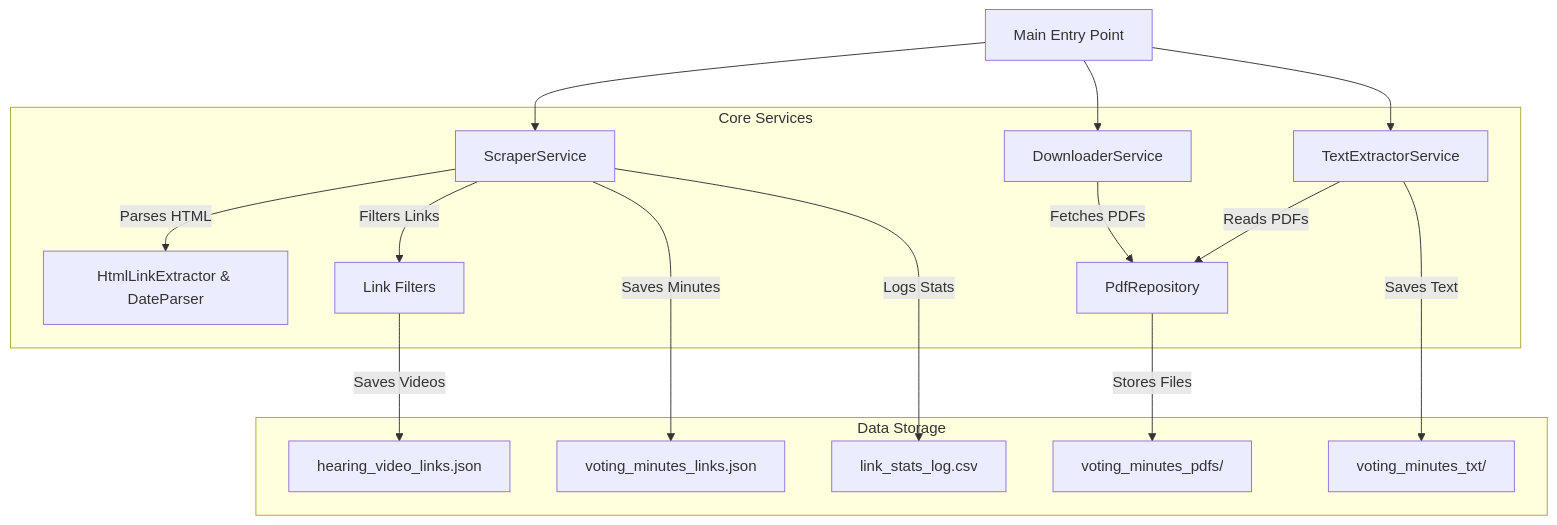
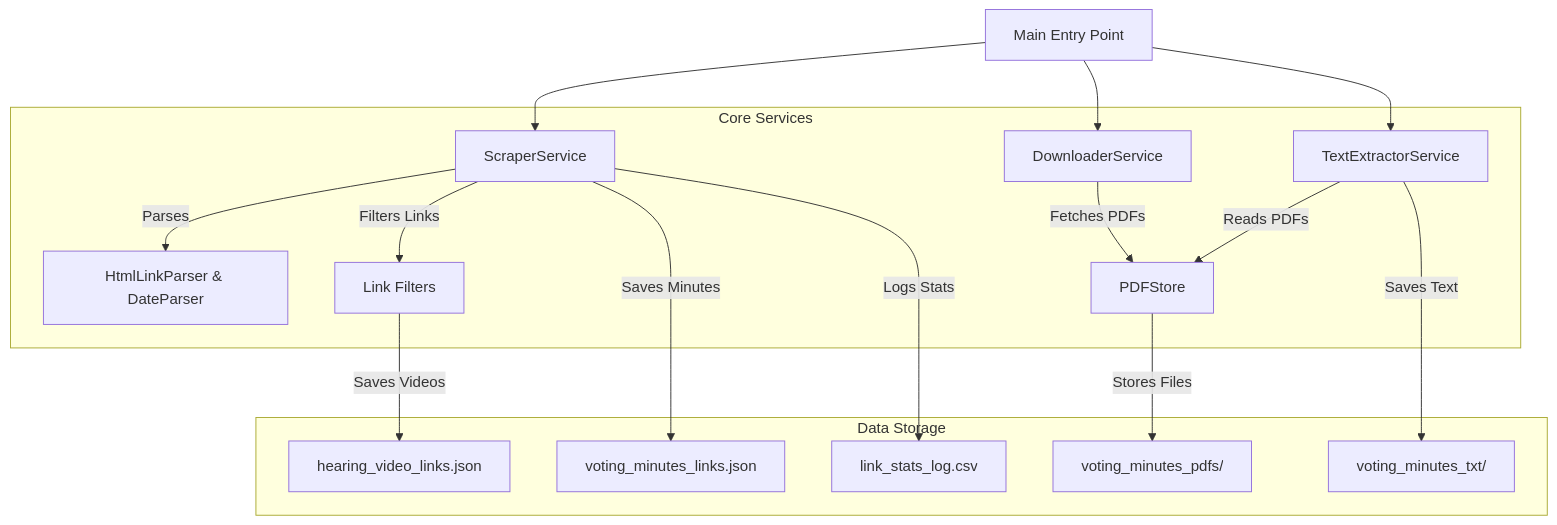
Before and after one commit to DanHUMassMed/Licensing-Board-Scrape: the diagram in README.md, drawn with Mermaid. The commit also changed other lines of this file and 38 other files, not shown here.

````diff
--- a/README.md
+++ b/README.md
@@ -11,21 +11,21 @@
 ```mermaid
 graph TD
     Main[Main Entry Point] --> Scraper[ScraperService]
     Main --> Downloader[DownloaderService]
     Main --> Extractor[TextExtractorService]
 
     subgraph "Core Services"
-        Scraper -->|Parses HTML| Parser["HtmlLinkExtractor & DateParser"]
+        Scraper -->|Parses| Parser["HtmlLinkParser & DateParser"]
         Scraper -->|Filters Links| Filters[Link Filters]
-        Downloader -->|Fetches PDFs| PdfRepo[PdfRepository]
-        Extractor -->|Reads PDFs| PdfRepo
+        Downloader -->|Fetches PDFs| PdfStore[PDFStore]
+        Extractor -->|Reads PDFs| PdfStore
     end
 
     subgraph "Data Storage"
         Filters -->|Saves Videos| VideoJson["hearing_video_links.json"]
         Scraper -->|Saves Minutes| MinutesJson["voting_minutes_links.json"]
         Scraper -->|Logs Stats| CsvLog["link_stats_log.csv"]
-        PdfRepo -->|Stores Files| PdfFiles["voting_minutes_pdfs/"]
+        PdfStore -->|Stores Files| PdfFiles["voting_minutes_pdfs/"]
         Extractor -->|Saves Text| TxtFiles["voting_minutes_txt/"]
     end
 ```
````
